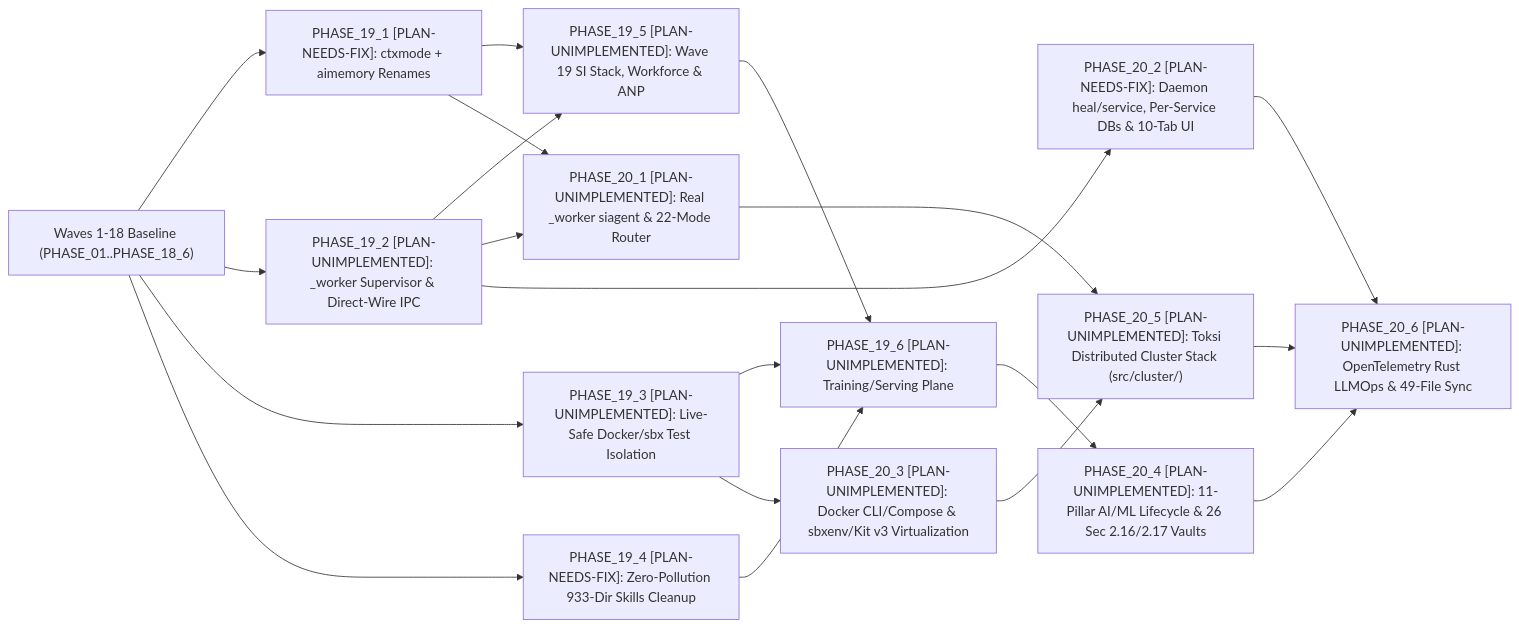
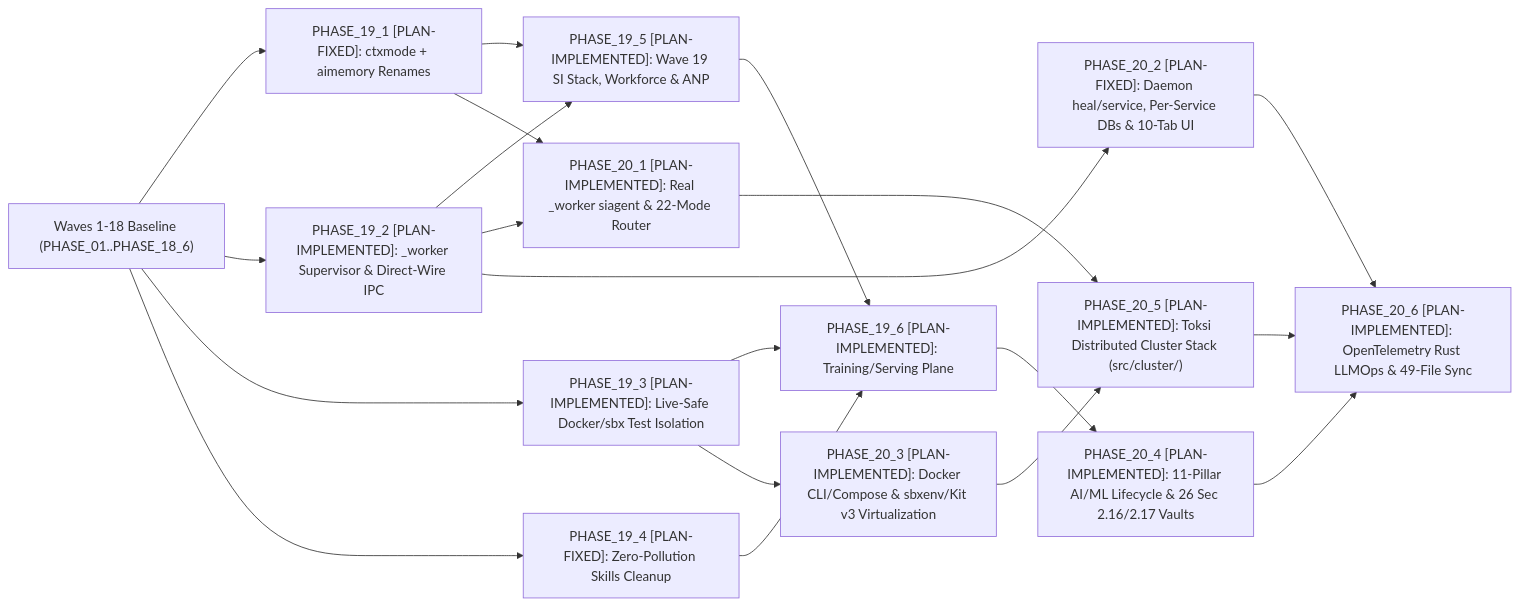
One commit to Navegos/neo changed the third of 3 diagrams in crates/toksi/research/RESEARCHPLAN.md. Above: the diagram before and after it, drawn with Mermaid. The commit also changed other lines of this file and 40 other files, not shown here.

````diff
--- a/crates/toksi/research/RESEARCHPLAN.md
+++ b/crates/toksi/research/RESEARCHPLAN.md
@@ -2177,22 +2177,22 @@
 ```mermaid
 flowchart LR
-    W18["Waves 1-18 Baseline (PHASE_01..PHASE_18_6)"] --> W19_1["PHASE_19_1 [PLAN-NEEDS-FIX]: ctxmode + aimemory Renames"]
-    W18 --> W19_2["PHASE_19_2 [PLAN-UNIMPLEMENTED]: _worker Supervisor & Direct-Wire IPC"]
-    W18 --> W19_3["PHASE_19_3 [PLAN-UNIMPLEMENTED]: Live-Safe Docker/sbx Test Isolation"]
-    W18 --> W19_4["PHASE_19_4 [PLAN-NEEDS-FIX]: Zero-Pollution 933-Dir Skills Cleanup"]
-    W19_1 --> W19_5["PHASE_19_5 [PLAN-UNIMPLEMENTED]: Wave 19 SI Stack, Workforce & ANP"]
+    W18["Waves 1-18 Baseline (PHASE_01..PHASE_18_6)"] --> W19_1["PHASE_19_1 [PLAN-FIXED]: ctxmode + aimemory Renames"]
+    W18 --> W19_2["PHASE_19_2 [PLAN-IMPLEMENTED]: _worker Supervisor & Direct-Wire IPC"]
+    W18 --> W19_3["PHASE_19_3 [PLAN-IMPLEMENTED]: Live-Safe Docker/sbx Test Isolation"]
+    W18 --> W19_4["PHASE_19_4 [PLAN-FIXED]: Zero-Pollution Skills Cleanup"]
+    W19_1 --> W19_5["PHASE_19_5 [PLAN-IMPLEMENTED]: Wave 19 SI Stack, Workforce & ANP"]
     W19_2 --> W19_5
-    W19_4 --> W19_6["PHASE_19_6 [PLAN-UNIMPLEMENTED]: Training/Serving Plane"]
+    W19_4 --> W19_6["PHASE_19_6 [PLAN-IMPLEMENTED]: Training/Serving Plane"]
     W19_3 --> W19_6
     W19_5 --> W19_6
-    W19_2 --> W20_1["PHASE_20_1 [PLAN-UNIMPLEMENTED]: Real _worker siagent & 22-Mode Router"]
+    W19_2 --> W20_1["PHASE_20_1 [PLAN-IMPLEMENTED]: Real _worker siagent & 22-Mode Router"]
     W19_1 --> W20_1
-    W19_2 --> W20_2["PHASE_20_2 [PLAN-NEEDS-FIX]: Daemon heal/service, Per-Service DBs & 10-Tab UI"]
-    W19_3 --> W20_3["PHASE_20_3 [PLAN-UNIMPLEMENTED]: Docker CLI/Compose & sbxenv/Kit v3 Virtualization"]
-    W19_6 --> W20_4["PHASE_20_4 [PLAN-UNIMPLEMENTED]: 11-Pillar AI/ML Lifecycle & 26 Sec 2.16/2.17 Vaults"]
-    W20_1 --> W20_5["PHASE_20_5 [PLAN-UNIMPLEMENTED]: Toksi Distributed Cluster Stack (src/cluster/)"]
+    W19_2 --> W20_2["PHASE_20_2 [PLAN-FIXED]: Daemon heal/service, Per-Service DBs & 10-Tab UI"]
+    W19_3 --> W20_3["PHASE_20_3 [PLAN-IMPLEMENTED]: Docker CLI/Compose & sbxenv/Kit v3 Virtualization"]
+    W19_6 --> W20_4["PHASE_20_4 [PLAN-IMPLEMENTED]: 11-Pillar AI/ML Lifecycle & 26 Sec 2.16/2.17 Vaults"]
+    W20_1 --> W20_5["PHASE_20_5 [PLAN-IMPLEMENTED]: Toksi Distributed Cluster Stack (src/cluster/)"]
     W20_3 --> W20_5
-    W20_2 --> W20_6["PHASE_20_6 [PLAN-UNIMPLEMENTED]: OpenTelemetry Rust LLMOps & 49-File Sync"]
+    W20_2 --> W20_6["PHASE_20_6 [PLAN-IMPLEMENTED]: OpenTelemetry Rust LLMOps & 49-File Sync"]
     W20_4 --> W20_6
     W20_5 --> W20_6
 ```
````
